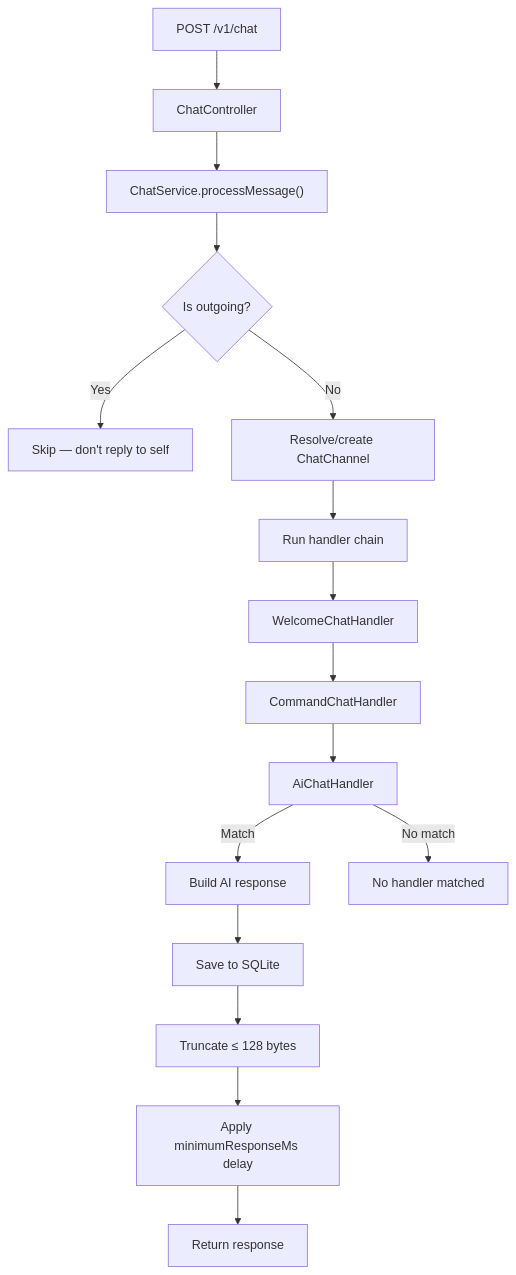
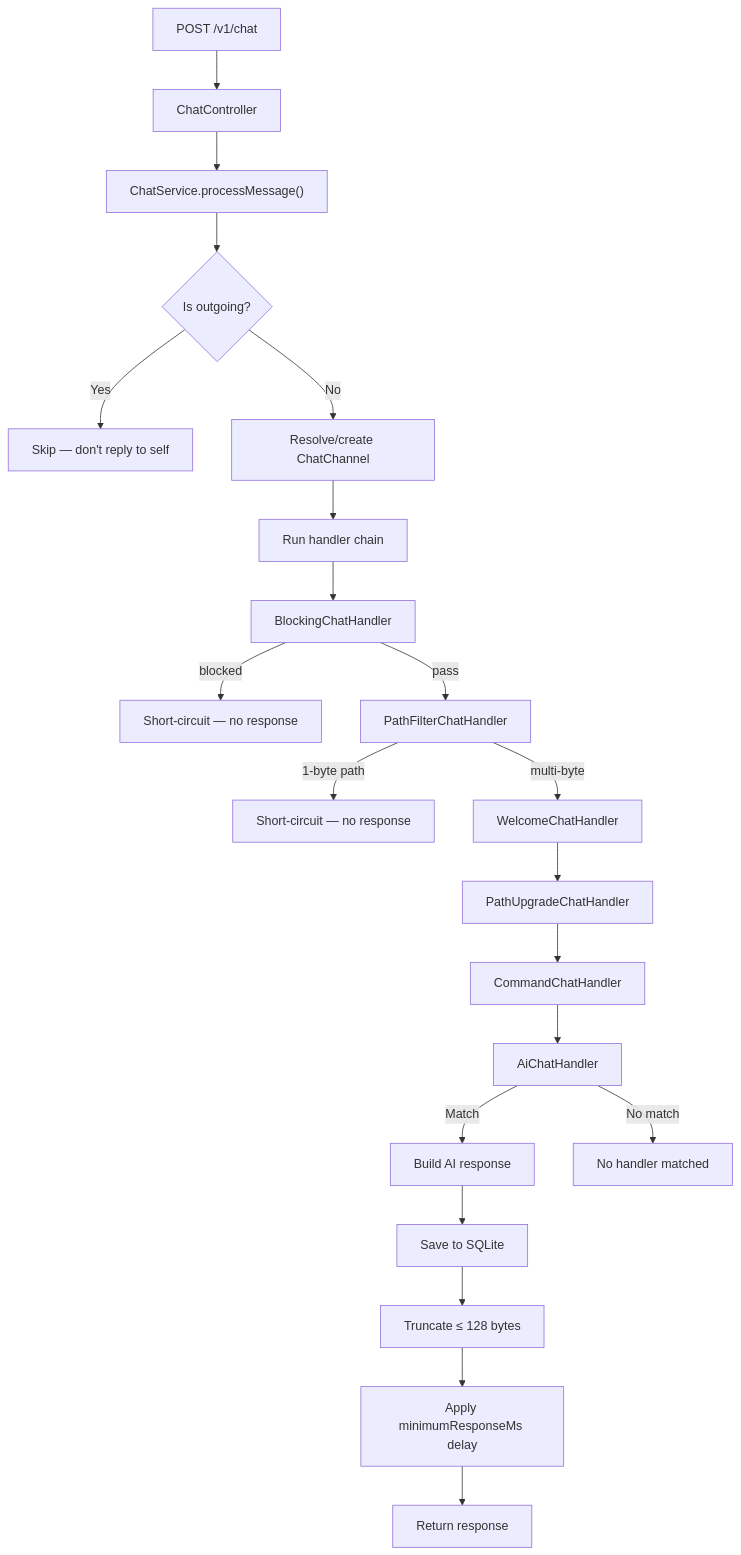
One commit to jhuebert/ncbot changed the first of 2 diagrams in AGENTS.md. Above: the diagram before and after it, drawn with Mermaid. The commit also changed other lines of this file and 41 other files, not shown here.

````diff
--- a/AGENTS.md
+++ b/AGENTS.md
@@ -119,22 +134,27 @@
 ```mermaid
 flowchart TD
     Req["POST /v1/chat"] --> Controller["ChatController"]
     Controller --> CS["ChatService.processMessage()"]
 
     CS --> Check1{Is outgoing?}
     Check1 -->|Yes| Skip1["Skip — don't reply to self"]
     Check1 -->|No| Resolve["Resolve/create ChatChannel"]
 
     Resolve --> HandlerChain["Run handler chain"]
-    HandlerChain --> WH["WelcomeChatHandler"]
-    WH --> CMCH["CommandChatHandler"]
+    HandlerChain --> BH["BlockingChatHandler"]
+    BH -->|blocked| Skip3["Short-circuit — no response"]
+    BH -->|pass| PFC["PathFilterChatHandler"]
+    PFC -->|1-byte path| Skip4["Short-circuit — no response"]
+    PFC -->|multi-byte| WH["WelcomeChatHandler"]
+    WH --> PU["PathUpgradeChatHandler"]
+    PU --> CMCH["CommandChatHandler"]
     CMCH --> AIH["AiChatHandler"]
 
     AIH -->|Match| Resp["Build AI response"]
     AIH -->|No match| Skip2["No handler matched"]
 
     Resp --> Save["Save to SQLite"]
     Save --> Truncate["Truncate ≤ 128 bytes"]
     Truncate --> Delay["Apply minimumResponseMs delay"]
     Delay --> RespOut["Return response"]
 ```
````
